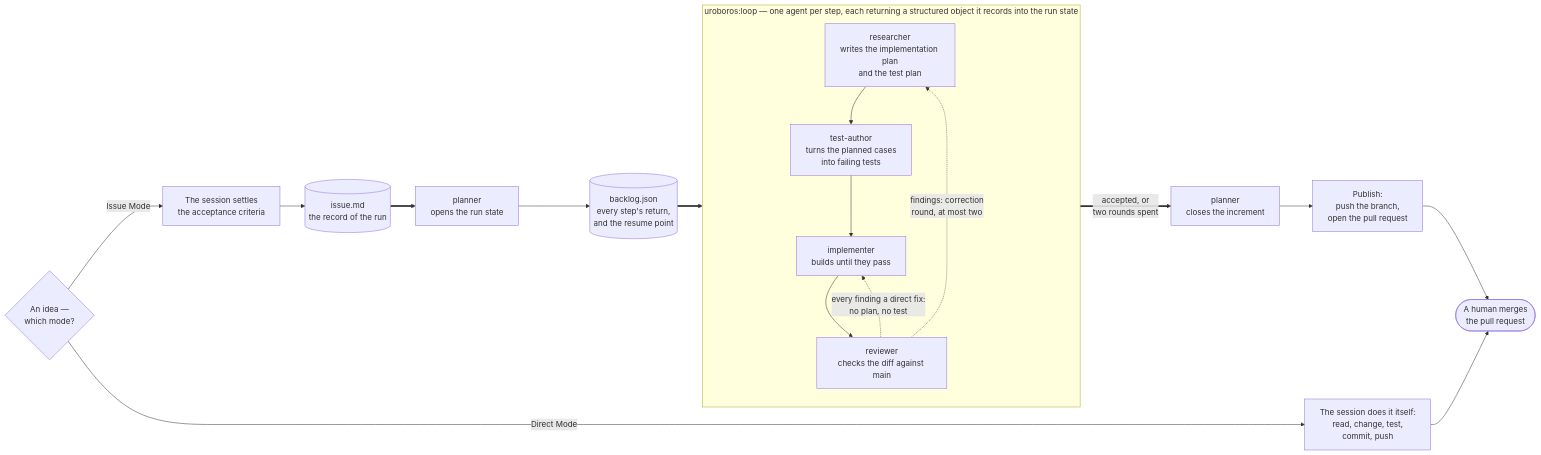
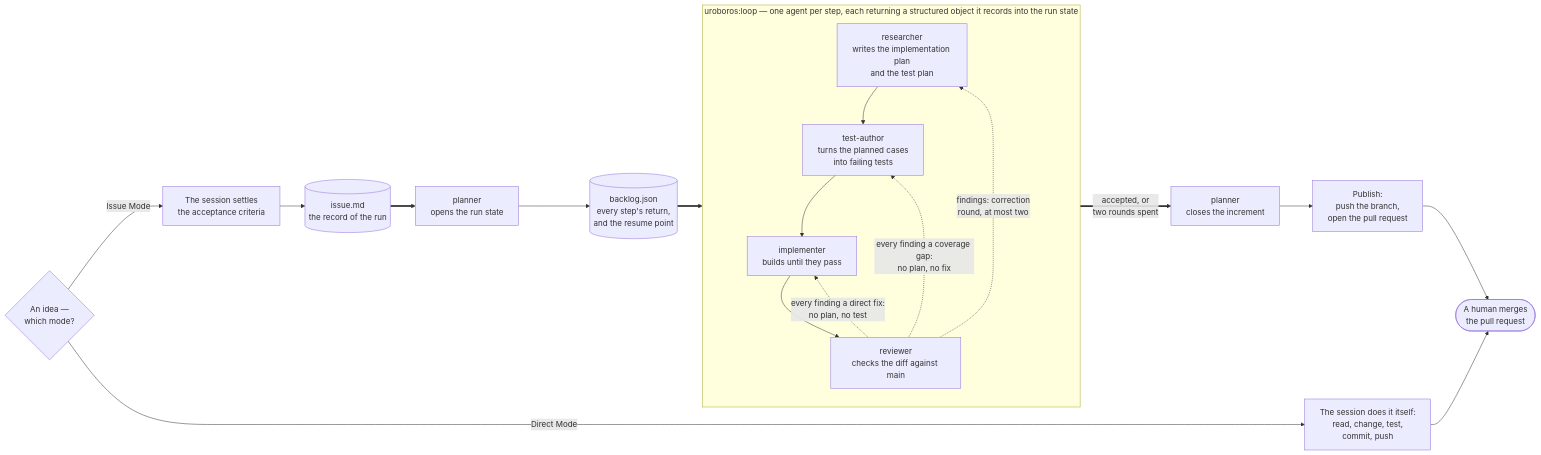
The first of 4 diagrams in README.md (artkoenig/athena), drawn with Mermaid before and after one commit. The commit also changed other lines of this file and 4 other files, not shown here.

````diff
--- a/README.md
+++ b/README.md
@@ -27,26 +27,27 @@
 ```mermaid
 flowchart LR
     MODE{"An idea —<br/>which mode?"}
     MODE -->|"Direct Mode"| DIRECT["The session does it itself:<br/>read, change, test,<br/>commit, push"]
     MODE -->|"Issue Mode"| CRIT["The session settles<br/>the acceptance criteria"]
     CRIT --> ISSUE[("issue.md<br/>the record of the run")]
     ISSUE ==> OPEN["planner<br/>opens the run state"]
     OPEN --> STATE[("backlog.json<br/>every step's return,<br/>and the resume point")]
     STATE ==> RES
 
     subgraph LOOP["uroboros:loop — one agent per step, each returning a structured object it records into the run state"]
         direction TB
         RES["researcher<br/>writes the implementation plan<br/>and the test plan"]
         TEST["test-author<br/>turns the planned cases<br/>into failing tests"]
         IMPL["implementer<br/>builds until they pass"]
         REV["reviewer<br/>checks the diff against main"]
         RES --> TEST --> IMPL --> REV
         REV -.->|"findings: correction<br/>round, at most two"| RES
         REV -.->|"every finding a direct fix:<br/>no plan, no test"| IMPL
+        REV -.->|"every finding a coverage gap:<br/>no plan, no fix"| TEST
     end
 
     REV ==>|"accepted, or<br/>two rounds spent"| CLOSE["planner<br/>closes the increment"]
     CLOSE --> PUB["Publish:<br/>push the branch,<br/>open the pull request"]
     PUB --> MERGE(["A human merges<br/>the pull request"])
     DIRECT --> MERGE
 ```
````
